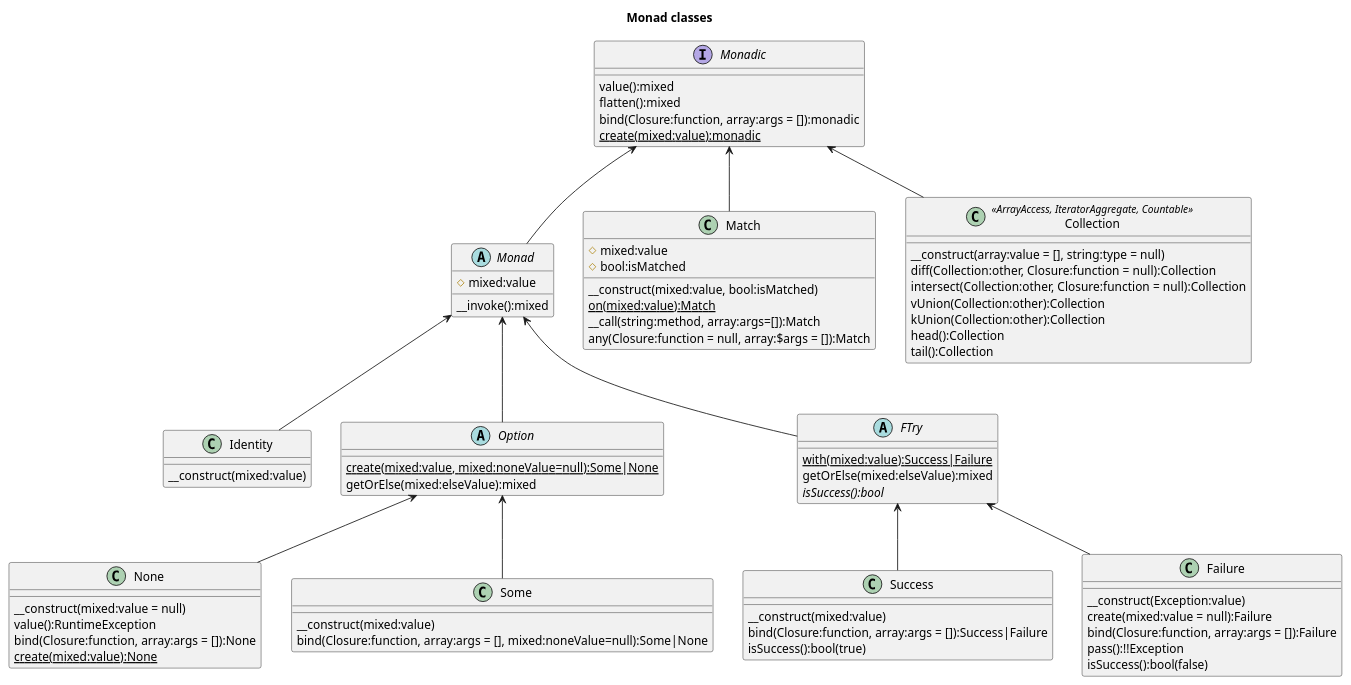
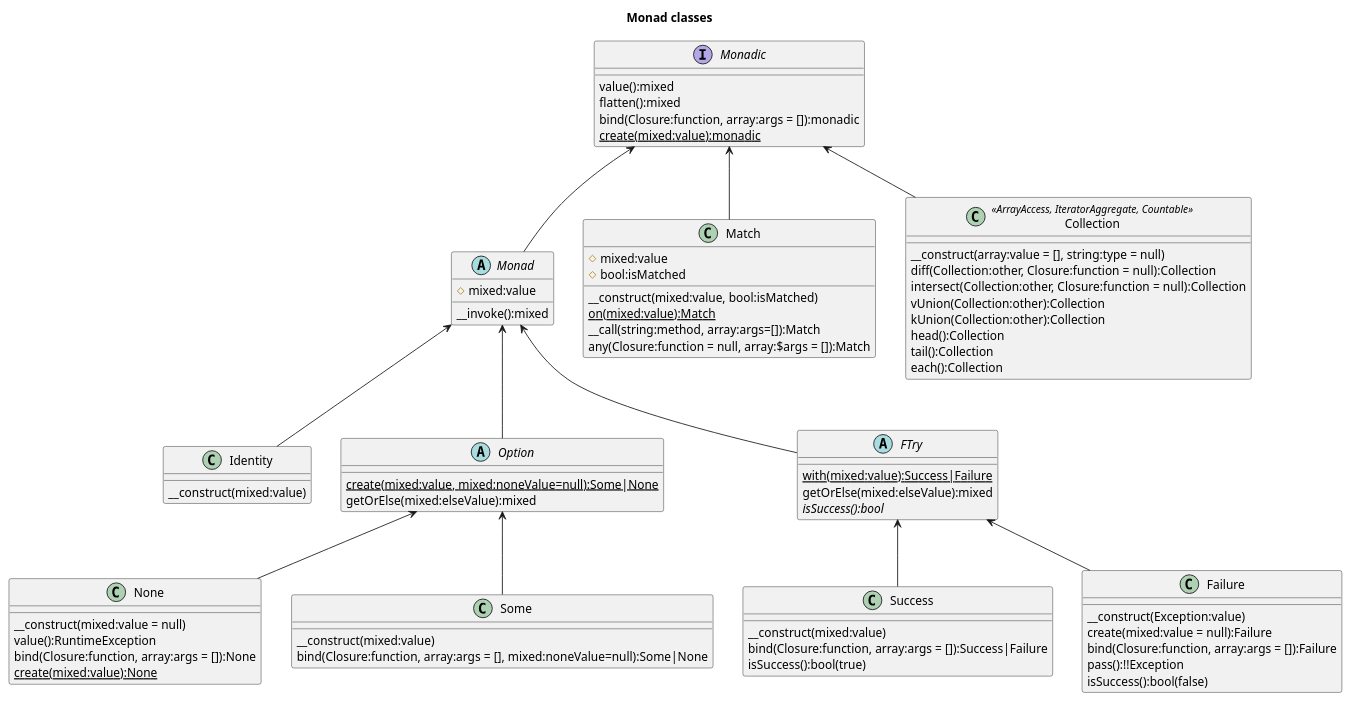
Before and after one commit to chippyash/Monad: the diagram in docs/Monad Classes.puml, drawn with PlantUML. The commit also changed 4 other files, not shown here.

Commit message:
add each() method to Collection

```diff
--- a/docs/Monad Classes.puml
+++ b/docs/Monad Classes.puml
@@ -1,87 +1,88 @@
 @startuml
 title Monad classes
 
 interface Monadic {
     value():mixed
     flatten():mixed
     bind(Closure:function, array:args = []):monadic
     {static} create(mixed:value):monadic
 }
 
 abstract class Monad {
     #mixed:value
     __invoke():mixed
 }
 
 class Identity {
     __construct(mixed:value)
 }
 
 abstract class Option {
     {static} create(mixed:value, mixed:noneValue=null):Some|None
     getOrElse(mixed:elseValue):mixed
 }
 
 class None {
     __construct(mixed:value = null)
     value():RuntimeException
     bind(Closure:function, array:args = []):None
     {static} create(mixed:value):None
 }
 
 class Some {
     __construct(mixed:value)
     bind(Closure:function, array:args = [], mixed:noneValue=null):Some|None
 }
 
 class Match {
     #mixed:value
     #bool:isMatched
     __construct(mixed:value, bool:isMatched)
     {static} on(mixed:value):Match
     __call(string:method, array:args=[]):Match
     any(Closure:function = null, array:$args = []):Match
 }
 
 abstract class FTry {
     {static} with(mixed:value):Success|Failure
     getOrElse(mixed:elseValue):mixed
     {abstract} isSuccess():bool
 }
 
 class Success {
     __construct(mixed:value)
     bind(Closure:function, array:args = []):Success|Failure
     isSuccess():bool(true)
 }
 
 class Failure {
     __construct(Exception:value)
      create(mixed:value = null):Failure
     bind(Closure:function, array:args = []):Failure
     pass():!!Exception
     isSuccess():bool(false)
 }
 
 class Collection <<ArrayAccess, IteratorAggregate, Countable>> {
     __construct(array:value = [], string:type = null)
     diff(Collection:other, Closure:function = null):Collection
     intersect(Collection:other, Closure:function = null):Collection
     vUnion(Collection:other):Collection
     kUnion(Collection:other):Collection
     head():Collection
     tail():Collection
+    each():Collection
 }
 
 Monadic <-- Monad
 Monadic <-- Match
 Monadic <-- Collection
 Monad <-- Identity
 Monad <-- Option
 Option <-- None
 Option <-- Some
 Monad <-- FTry
 FTry <-- Success
 FTry <-- Failure
 
 @enduml
```
